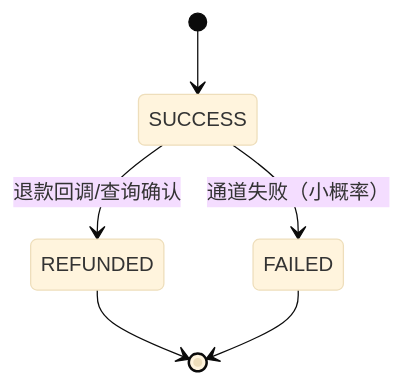
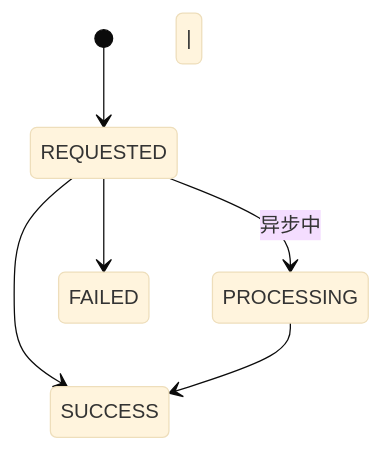
Before and after one commit to rosestack/rose-playground: the fifth of 11 diagrams in rose-backend/rose-service/rose-billing-service/docs/billing-domain-model.md, drawn with Mermaid (base theme). The commit also changed other lines of this file and 33 other files, not shown here.

Commit message:
refactor: 重构计费核心实体与状态管理，完善发票币种、价格快照及支付记录细节字段，标准化支付/退款状态流转(PENDING/SUCCESS/FAILED)，增强支付回调幂等处理与金额核对机制，优化订阅、用量、退款关联关系及财务模型可观测性

````diff
--- a/rose-backend/rose-service/rose-billing-service/docs/billing-domain-model.md
+++ b/rose-backend/rose-service/rose-billing-service/docs/billing-domain-model.md
@@ -183,8 +147,8 @@
 ```mermaid
 stateDiagram-v2
-  [*] --> SUCCESS
-  SUCCESS --> REFUNDED: 退款回调/查询确认
-  SUCCESS --> FAILED: 通道失败（小概率）
-  REFUNDED --> [*]
-  FAILED --> [*]
+  [*] --> REQUESTED
+  REQUESTED --> PROCESSING: 异步中
+  REQUESTED --> SUCCESS
+  REQUESTED --> FAILED
+  PROCESSING --> SUCCESS | FAILED
 ```
````
